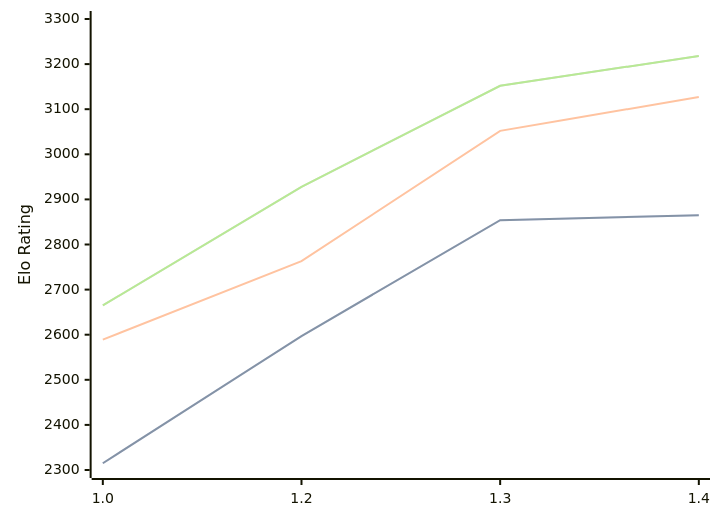
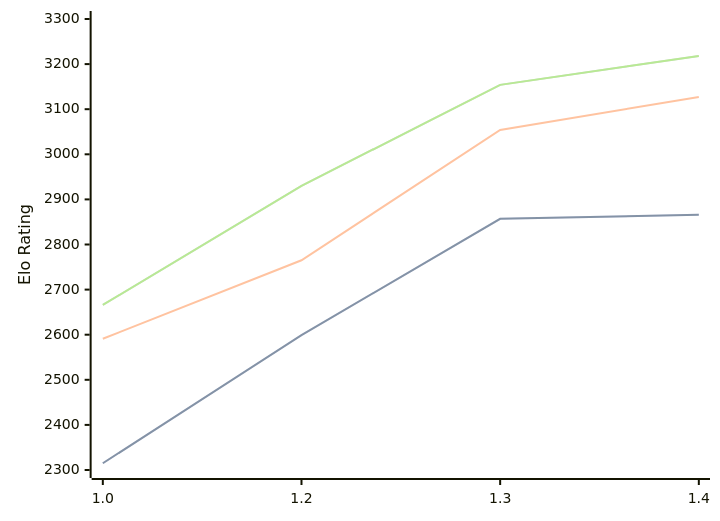
One commit to computer-chess-index/cci changed the third of 3 diagrams in engines/Chessnix.md. Above: the diagram before and after it, drawn with Mermaid. The commit also changed other lines of this file, not shown here.

Commit message:
Update CCI Ratings (ELO VLTC) - 2026-06-30

````diff
--- a/engines/Chessnix.md
+++ b/engines/Chessnix.md
@@ -69,11 +69,11 @@
 ```mermaid
 %%{init: {"theme":"base","themeVariables":{"seriesColors:['#a3a3a3','#222221','#faa371']}}}%%
 xychart-beta
   x-axis ["1.0", "1.2", "1.3", "1.4"]
   y-axis "Elo Rating" 2300 --> 3300
-  line "STC (8.0+0.08s)" [2315, 2597, 2854, 2865]
-  line "STC (8.0+0.08s)" [2315, 2597, 2854, 2865]
-  line "LTC (60.0+0.60s)" [2589, 2763, 3052, 3127]
-  line "VLTC (2m24s+1.12s)" [2665, 2928, 3152, 3218]
-  line "VLTC (2m24s+1.12s)" [2665, 2928, 3152, 3218]
+  line "STC (8.0+0.08s)" [2315, 2599, 2857, 2866]
+  line "STC (8.0+0.08s)" [2315, 2599, 2857, 2866]
+  line "LTC (60.0+0.60s)" [2591, 2765, 3054, 3127]
+  line "VLTC (2m24s+1.12s)" [2666, 2930, 3154, 3218]
+  line "VLTC (2m24s+1.12s)" [2666, 2930, 3154, 3218]
 ```
````
